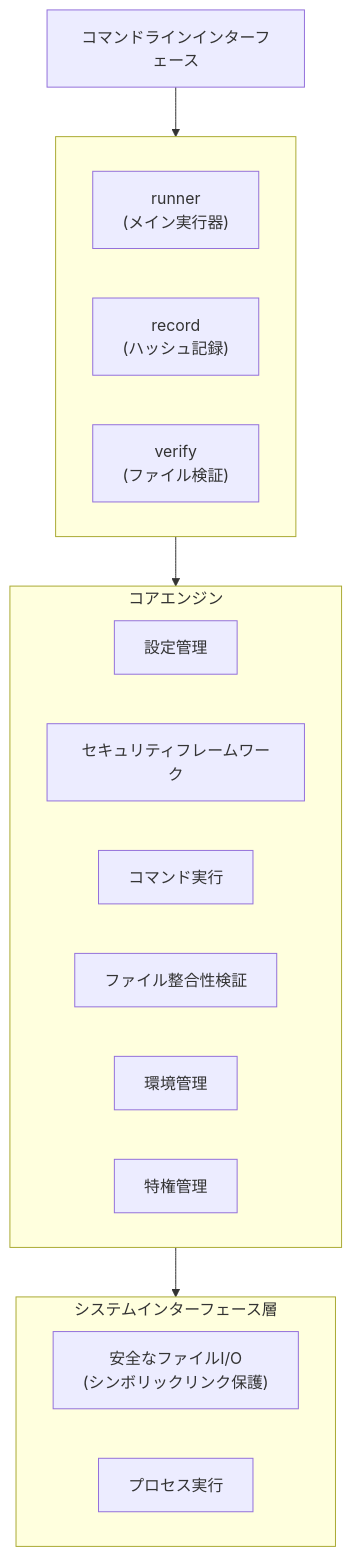
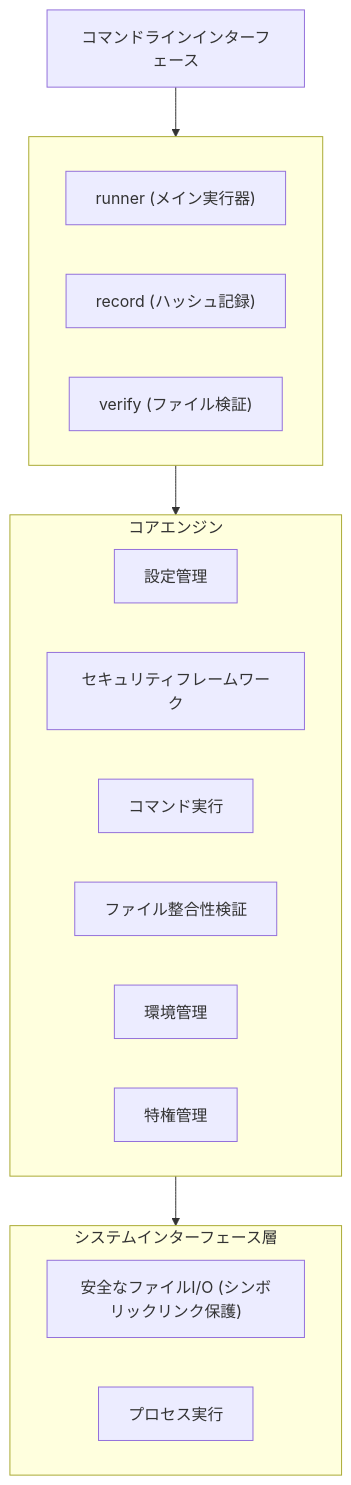
One commit to isseis/go-safe-cmd-runner changed the diagram in docs/design-implementation-overview-ja.md. Above: the diagram before and after it, drawn with Mermaid. The commit also changed 1 other file, not shown here.

Commit message:
docs: update architecture diagrams to mermaid format and fix label rendering
- Replace ASCII art diagrams with mermaid syntax in both English and Japanese design overview documents.
- Remove newline characters from node labels for correct rendering.
- Improves readability and maintainability of architecture documentation.

````diff
--- a/docs/design-implementation-overview-ja.md
+++ b/docs/design-implementation-overview-ja.md
@@ -17,24 +17,24 @@
 ```mermaid
 flowchart TD
     CLI["コマンドラインインターフェース"]
     subgraph CLI_Components[ ]
-        runner["runner\n(メイン実行器)"]
-        record["record\n(ハッシュ記録)"]
-        verify["verify\n(ファイル検証)"]
+        runner["runner (メイン実行器)"]
+        record["record (ハッシュ記録)"]
+        verify["verify (ファイル検証)"]
     end
     CLI --> CLI_Components
     CLI_Components --> CoreEngine
     subgraph CoreEngine["コアエンジン"]
         config["設定管理"]
         security["セキュリティフレームワーク"]
         command["コマンド実行"]
         integrity["ファイル整合性検証"]
         env["環境管理"]
         privilege["特権管理"]
     end
     CoreEngine --> SystemInterface
     subgraph SystemInterface["システムインターフェース層"]
-        safeio["安全なファイルI/O\n(シンボリックリンク保護)"]
+        safeio["安全なファイルI/O (シンボリックリンク保護)"]
         process["プロセス実行"]
     end
 ```
````
